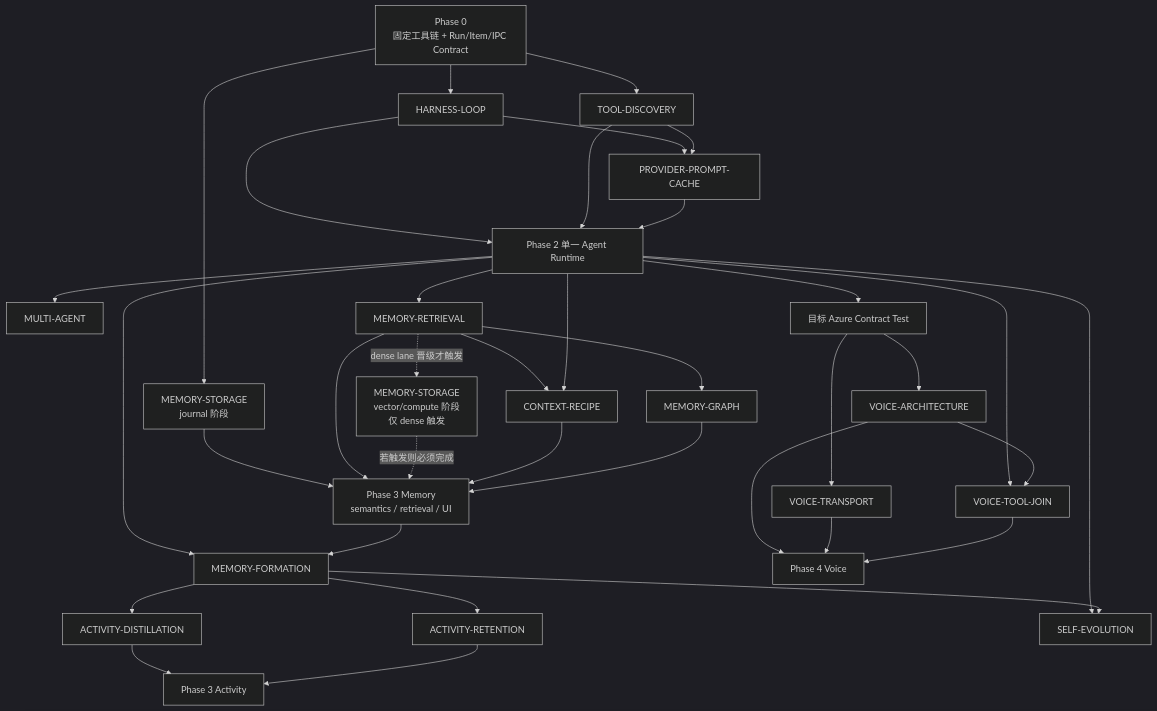
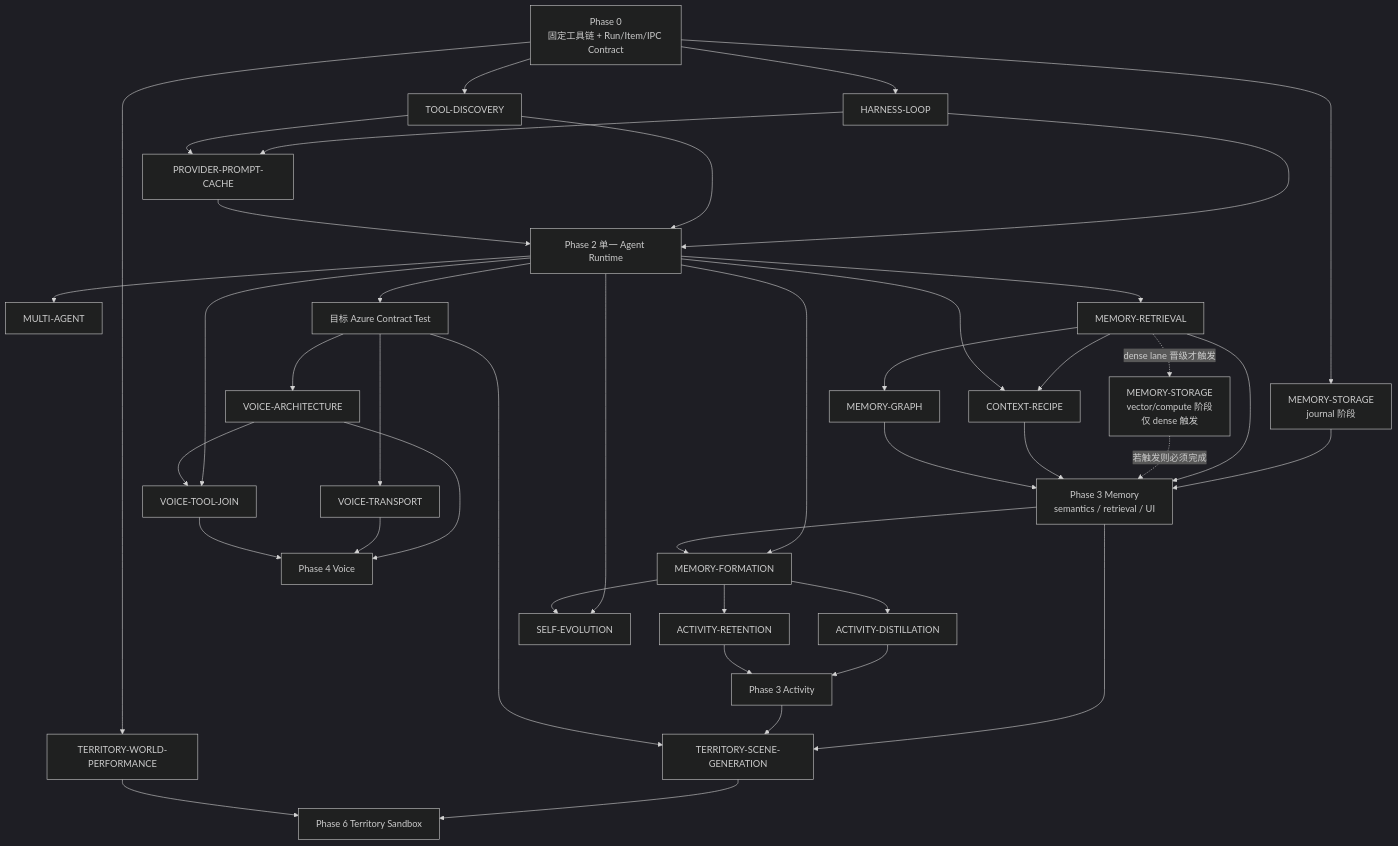
Before and after one commit to MicroYui/chara-mate: the diagram in refactor-architecture-decisions-2026-07-31.md, drawn with Mermaid (dark theme). The commit also changed other lines of this file and 114 other files, not shown here.

````diff
--- a/refactor-architecture-decisions-2026-07-31.md
+++ b/refactor-architecture-decisions-2026-07-31.md
@@ -279,67 +284,78 @@
 ```mermaid
 flowchart TD
     F["Phase 0<br/>固定工具链 + Run/Item/IPC Contract"]
     H["HARNESS-LOOP"]
     T["TOOL-DISCOVERY"]
     PC["PROVIDER-PROMPT-CACHE"]
     A["Phase 2 单一 Agent Runtime"]
     MA["MULTI-AGENT"]
 
     SJ["MEMORY-STORAGE<br/>journal 阶段"]
     R["MEMORY-RETRIEVAL"]
     SV["MEMORY-STORAGE<br/>vector/compute 阶段<br/>仅 dense 触发"]
     C["CONTEXT-RECIPE"]
     G["MEMORY-GRAPH"]
     M["Phase 3 Memory<br/>semantics / retrieval / UI"]
     MF["MEMORY-FORMATION"]
     AD["ACTIVITY-DISTILLATION"]
     AR["ACTIVITY-RETENTION"]
     ACT["Phase 3 Activity"]
+
+    TG["TERRITORY-SCENE-GENERATION"]
+    TW["TERRITORY-WORLD-PERFORMANCE"]
+    TERR["Phase 6 Territory Sandbox"]
 
     VC["目标 Azure Contract Test"]
     VA["VOICE-ARCHITECTURE"]
     VT["VOICE-TRANSPORT"]
     VJ["VOICE-TOOL-JOIN"]
     V["Phase 4 Voice"]
 
     SE["SELF-EVOLUTION"]
 
     F --> H
     F --> T
     H --> PC
     T --> PC
     H --> A
     T --> A
     PC --> A
     A --> MA
 
     F --> SJ
     A --> R
     R -.->|dense lane 晋级才触发| SV
     R --> C
     A --> C
     R --> G
     SJ --> M
     R --> M
     SV -.->|若触发则必须完成| M
     C --> M
     G --> M
     A --> MF
     M --> MF
     MF --> AD
     MF --> AR
     AD --> ACT
     AR --> ACT
 
+    M --> TG
+    ACT --> TG
+    F --> TW
+    TG --> TERR
+    TW --> TERR
+
     A --> VC
+    VC --> TG
     VC --> VA
     VC --> VT
     A --> VJ
     VA --> VJ
     VA --> V
     VT --> V
     VJ --> V
 
     A --> SE
     MF --> SE
 ```
````
